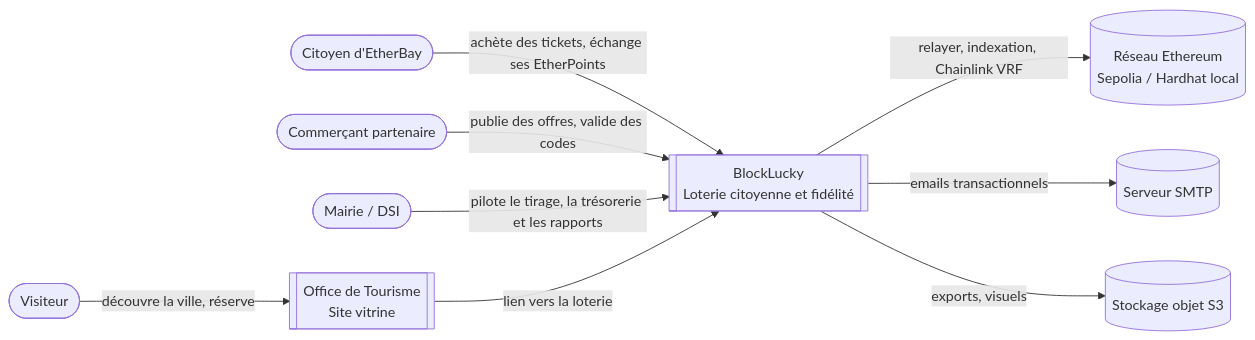
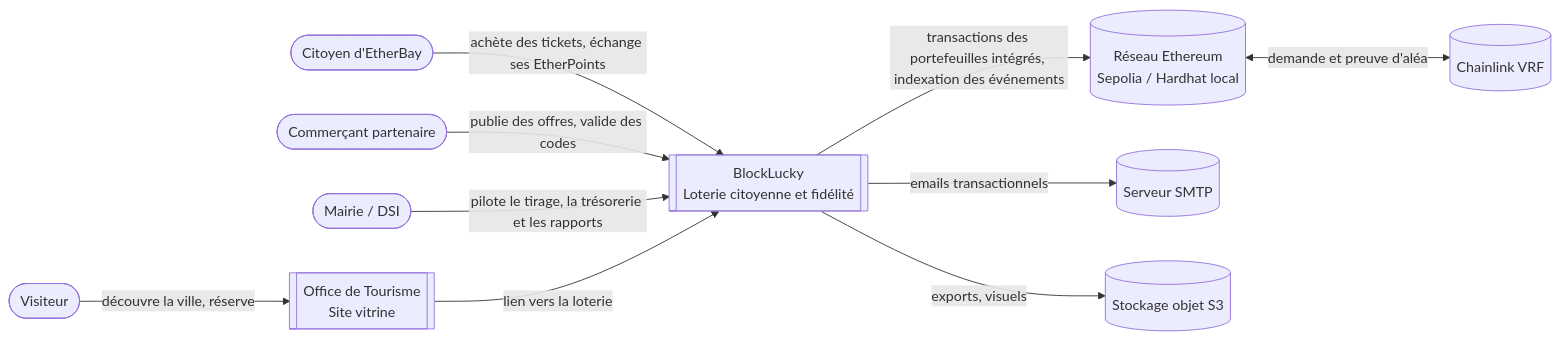
Before and after one commit to MarceauTDML/BlockLucky: the first of 2 diagrams in docs/architecture.md, drawn with Mermaid. The commit also changed other lines of this file and 3 other files, not shown here.

First line of the commit message:
ADR 0004 et architecture : smart contract, Chainlink VRF et portefeuille intégré

````diff
--- a/docs/architecture.md
+++ b/docs/architecture.md
@@ -7,23 +7,25 @@
 ```mermaid
 flowchart LR
   citoyen([Citoyen d'EtherBay])
   partenaire([Commerçant partenaire])
   mairie([Mairie / DSI])
   visiteur([Visiteur])
 
   blocklucky[[BlockLucky<br/>Loterie citoyenne et fidélité]]
   tourisme[[Office de Tourisme<br/>Site vitrine]]
 
   blockchain[(Réseau Ethereum<br/>Sepolia / Hardhat local)]
   smtp[(Serveur SMTP)]
   s3[(Stockage objet S3)]
 
   citoyen -->|achète des tickets, échange ses EtherPoints| blocklucky
   partenaire -->|publie des offres, valide des codes| blocklucky
   mairie -->|pilote le tirage, la trésorerie et les rapports| blocklucky
   visiteur -->|découvre la ville, réserve| tourisme
   tourisme -->|lien vers la loterie| blocklucky
-  blocklucky -->|relayer, indexation, Chainlink VRF| blockchain
+  blocklucky -->|transactions des portefeuilles intégrés, indexation des événements| blockchain
+  vrf[(Chainlink VRF)]
+  blockchain <-->|demande et preuve d'aléa| vrf
   blocklucky -->|emails transactionnels| smtp
   blocklucky -->|exports, visuels| s3
 ```
````
